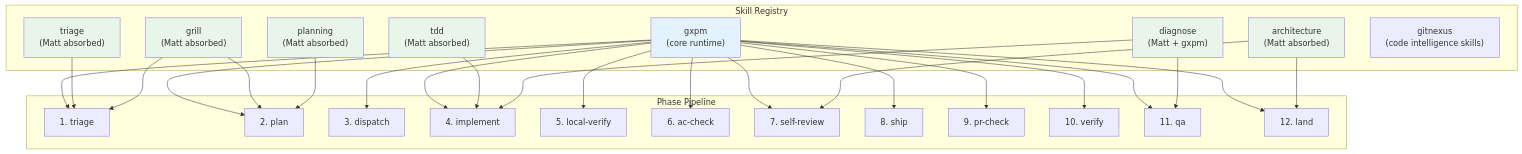
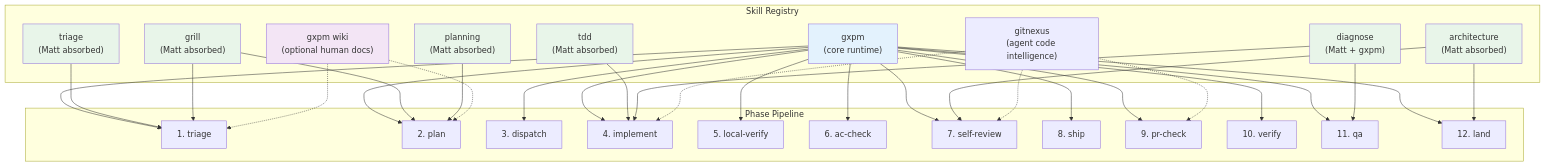
Before and after one commit to laozhong86/gxpm: the second of 4 diagrams in docs/architecture/gxpm-target-architecture.md, drawn with Mermaid. The commit also changed 18 other files, not shown here.

Commit message:
GXPM-105 make wiki optional human docs

````diff
--- a/docs/architecture/gxpm-target-architecture.md
+++ b/docs/architecture/gxpm-target-architecture.md
@@ -236,59 +236,66 @@
 ```mermaid
 flowchart TB
     subgraph "Skill Registry"
         GXPM["gxpm<br/>(core runtime)"]
         TRIAGE_SKILL["triage<br/>(Matt absorbed)"]
         GRILL["grill<br/>(Matt absorbed)"]
         PLANNING["planning<br/>(Matt absorbed)"]
         TDD["tdd<br/>(Matt absorbed)"]
         DIAGNOSE["diagnose<br/>(Matt + gxpm)"]
         ARCH["architecture<br/>(Matt absorbed)"]
-        GITNEXUS_SKILLS["gitnexus<br/>(code intelligence skills)"]
+        GITNEXUS_SKILLS["gitnexus<br/>(agent code intelligence)"]
+        HUMAN_WIKI["gxpm wiki<br/>(optional human docs)"]
     end
 
     subgraph "Phase Pipeline"
         TRIAGE["1. triage"]
         PLAN["2. plan"]
         DISPATCH["3. dispatch"]
         IMPLEMENT["4. implement"]
         LOCAL_VERIFY["5. local-verify"]
         AC_CHECK["6. ac-check"]
         SELF_REVIEW["7. self-review"]
         SHIP["8. ship"]
         PR_CHECK["9. pr-check"]
         VERIFY["10. verify"]
         QA["11. qa"]
         LAND["12. land"]
     end
 
     GXPM --> TRIAGE
     GXPM --> PLAN
     GXPM --> DISPATCH
     GXPM --> IMPLEMENT
     GXPM --> LOCAL_VERIFY
     GXPM --> AC_CHECK
     GXPM --> SELF_REVIEW
     GXPM --> SHIP
     GXPM --> PR_CHECK
     GXPM --> VERIFY
     GXPM --> QA
     GXPM --> LAND
 
     TRIAGE_SKILL --> TRIAGE
     GRILL --> TRIAGE
     GRILL --> PLAN
     PLANNING --> PLAN
     TDD --> IMPLEMENT
     DIAGNOSE --> IMPLEMENT
     DIAGNOSE --> QA
     ARCH --> SELF_REVIEW
     ARCH --> LAND
+    GITNEXUS_SKILLS -.-> IMPLEMENT
+    GITNEXUS_SKILLS -.-> SELF_REVIEW
+    GITNEXUS_SKILLS -.-> PR_CHECK
+    HUMAN_WIKI -.-> TRIAGE
+    HUMAN_WIKI -.-> PLAN
 
     style GXPM fill:#e3f2fd
     style TRIAGE_SKILL fill:#e8f5e9
     style GRILL fill:#e8f5e9
     style PLANNING fill:#e8f5e9
     style TDD fill:#e8f5e9
     style DIAGNOSE fill:#e8f5e9
     style ARCH fill:#e8f5e9
+    style HUMAN_WIKI fill:#f3e5f5
 ```
````
